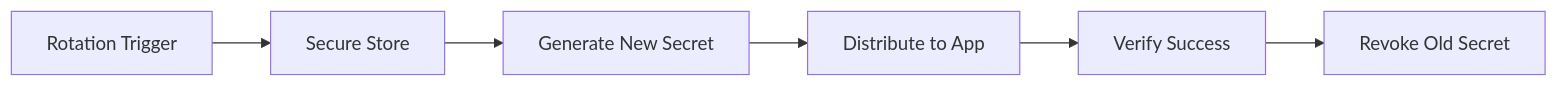
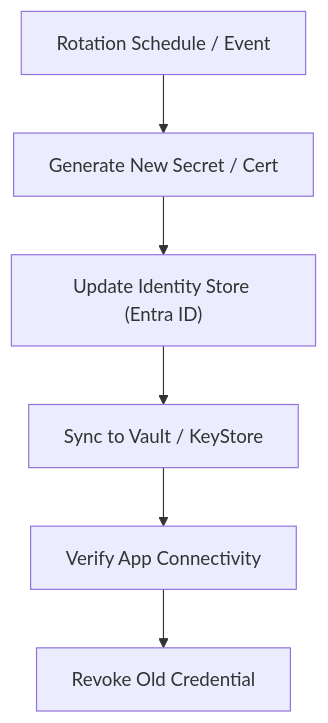
One commit to Devopstrio/service-principal-lifecycle changed the third of 11 diagrams in README.md. Above: the diagram before and after it, drawn with Mermaid. The commit also changed other lines of this file, not shown here.

Commit message:
docs: implement 11+ professional architecture diagrams for service principal lifecycle platform

````diff
--- a/README.md
+++ b/README.md
@@ -77,8 +119,8 @@
 ```mermaid
-graph LR
-    Trigger[Rotation Trigger] --> Vault[Secure Store]
-    Vault --> New[Generate New Secret]
-    New --> Dist[Distribute to App]
-    Dist --> Verify[Verify Success]
-    Verify --> Revoke[Revoke Old Secret]
+graph TD
+    Trigger["Rotation Schedule / Event"] --> Gen["Generate New Secret / Cert"]
+    Gen --> Update["Update Identity Store (Entra ID)"]
+    Update --> Sync["Sync to Vault / KeyStore"]
+    Sync --> Verify["Verify App Connectivity"]
+    Verify --> Revoke["Revoke Old Credential"]
 ```
````
